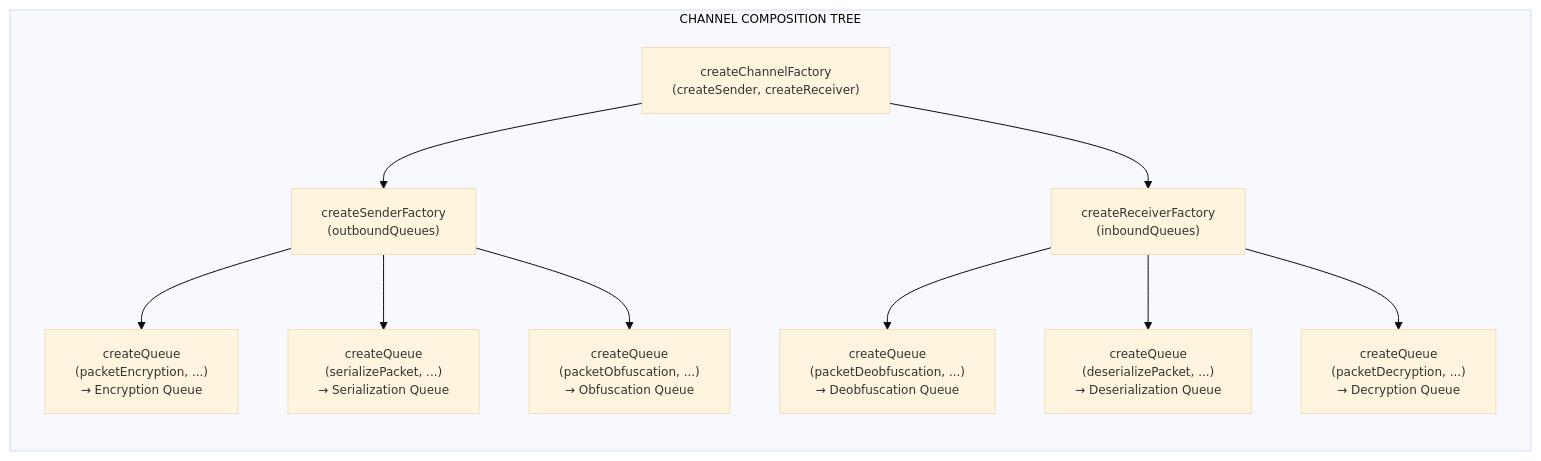
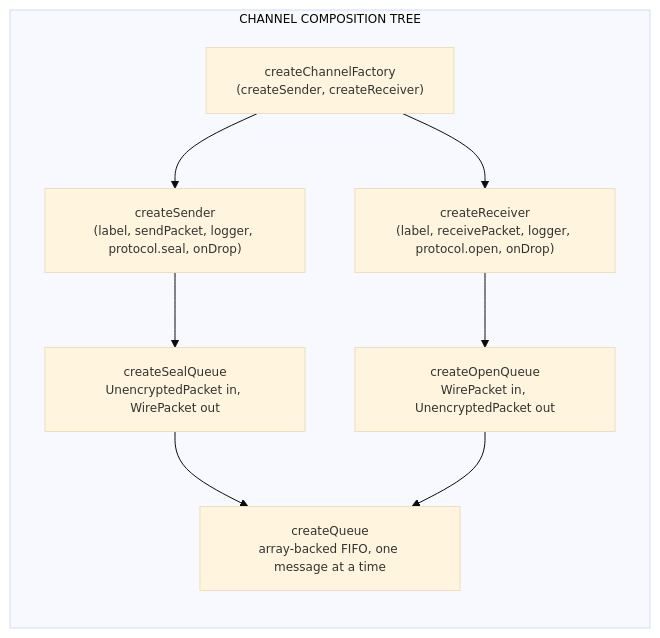
One commit to AndrewRedican/hyperfrontend changed the second of 8 diagrams in libs/network-protocol/ARCHITECTURE.md. Above: the diagram before and after it, drawn with Mermaid. The commit also changed other lines of this file and 28 other files, not shown here.

````diff
--- a/libs/network-protocol/ARCHITECTURE.md
+++ b/libs/network-protocol/ARCHITECTURE.md
@@ -92,23 +105,21 @@
 ```mermaid
 ---
 config:
   theme: base
   themeVariables:
     fontSize: 12px
 ---
 flowchart BT
     subgraph ChannelTree["CHANNEL COMPOSITION TREE"]
         CreateChannel["createChannelFactory<br/>(createSender, createReceiver)"]
 
-        CreateChannel --> SenderFactory["createSenderFactory<br/>(outboundQueues)"]
-        CreateChannel --> ReceiverFactory["createReceiverFactory<br/>(inboundQueues)"]
+        CreateChannel --> Sender["createSender<br/>(label, sendPacket, logger, protocol.seal, onDrop)"]
+        CreateChannel --> Receiver["createReceiver<br/>(label, receivePacket, logger, protocol.open, onDrop)"]
 
-        SenderFactory --> EncQueue["createQueue<br/>(packetEncryption, ...)<br/>→ Encryption Queue"]
-        SenderFactory --> SerQueue["createQueue<br/>(serializePacket, ...)<br/>→ Serialization Queue"]
-        SenderFactory --> ObfQueue["createQueue<br/>(packetObfuscation, ...)<br/>→ Obfuscation Queue"]
+        Sender --> SealQueue["createSealQueue<br/>UnencryptedPacket in, WirePacket out"]
+        Receiver --> OpenQueue["createOpenQueue<br/>WirePacket in, UnencryptedPacket out"]
 
-        ReceiverFactory --> DeobfQueue["createQueue<br/>(packetDeobfuscation, ...)<br/>→ Deobfuscation Queue"]
-        ReceiverFactory --> DeserQueue["createQueue<br/>(deserializePacket, ...)<br/>→ Deserialization Queue"]
-        ReceiverFactory --> DecQueue["createQueue<br/>(packetDecryption, ...)<br/>→ Decryption Queue"]
+        SealQueue --> Queue["createQueue<br/>array-backed FIFO, one message at a time"]
+        OpenQueue --> Queue
     end
 ```
````
